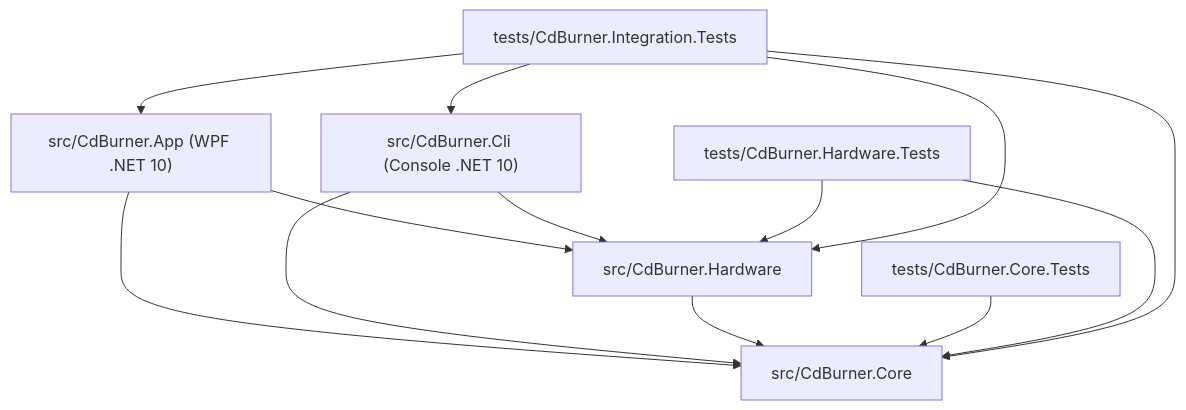
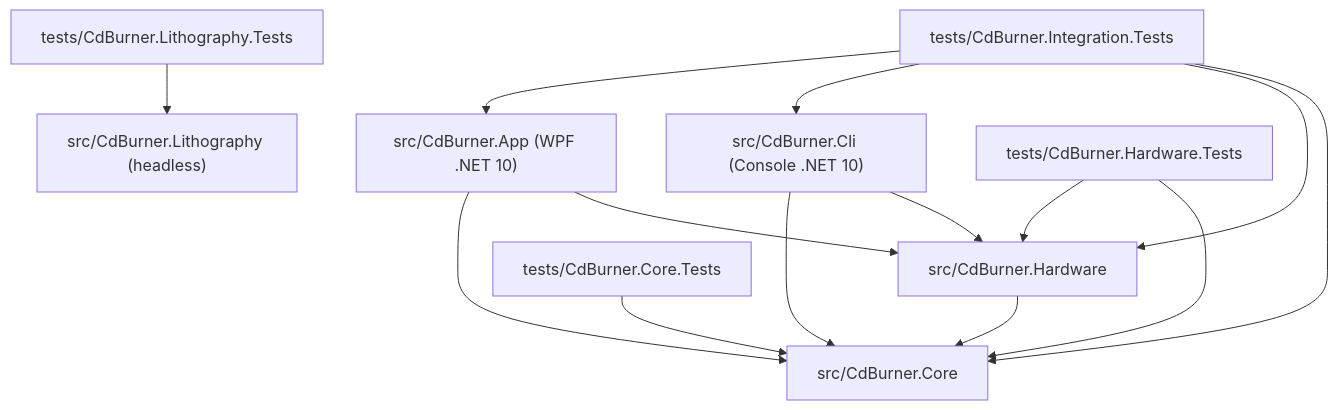
The first of 2 diagrams in docs/ARCHITECTURE.md (sdgdvs/IgnisDisc), drawn with Mermaid before and after one commit. The commit also changed other lines of this file and 13 other files, not shown here.

First line of the commit message:
Move disc geometry into a new headless Lithography project

````diff
--- a/docs/ARCHITECTURE.md
+++ b/docs/ARCHITECTURE.md
@@ -16,15 +16,16 @@
 ```mermaid
 graph TD
     App["src/CdBurner.App (WPF .NET 10)"] --> Core["src/CdBurner.Core"]
     App --> Hw["src/CdBurner.Hardware"]
     Cli["src/CdBurner.Cli (Console .NET 10)"] --> Core
     Cli --> Hw
     Hw --> Core
     CoreTests["tests/CdBurner.Core.Tests"] --> Core
+    LithTests["tests/CdBurner.Lithography.Tests"] --> Lith["src/CdBurner.Lithography (headless)"]
     HwTests["tests/CdBurner.Hardware.Tests"] --> Hw
     HwTests --> Core
     IntTests["tests/CdBurner.Integration.Tests"] --> App
     IntTests --> Cli
     IntTests --> Hw
     IntTests --> Core
 ```
````
